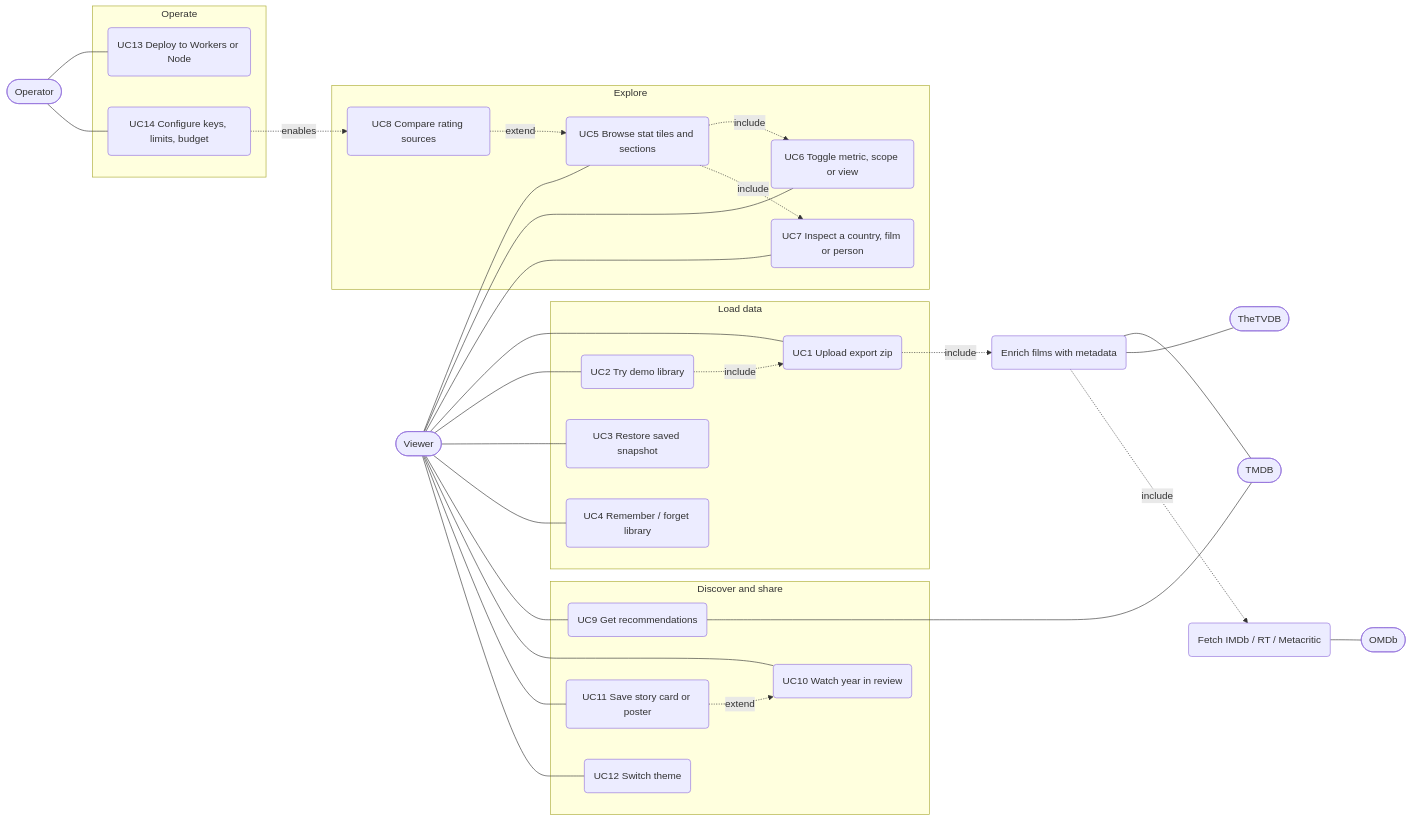
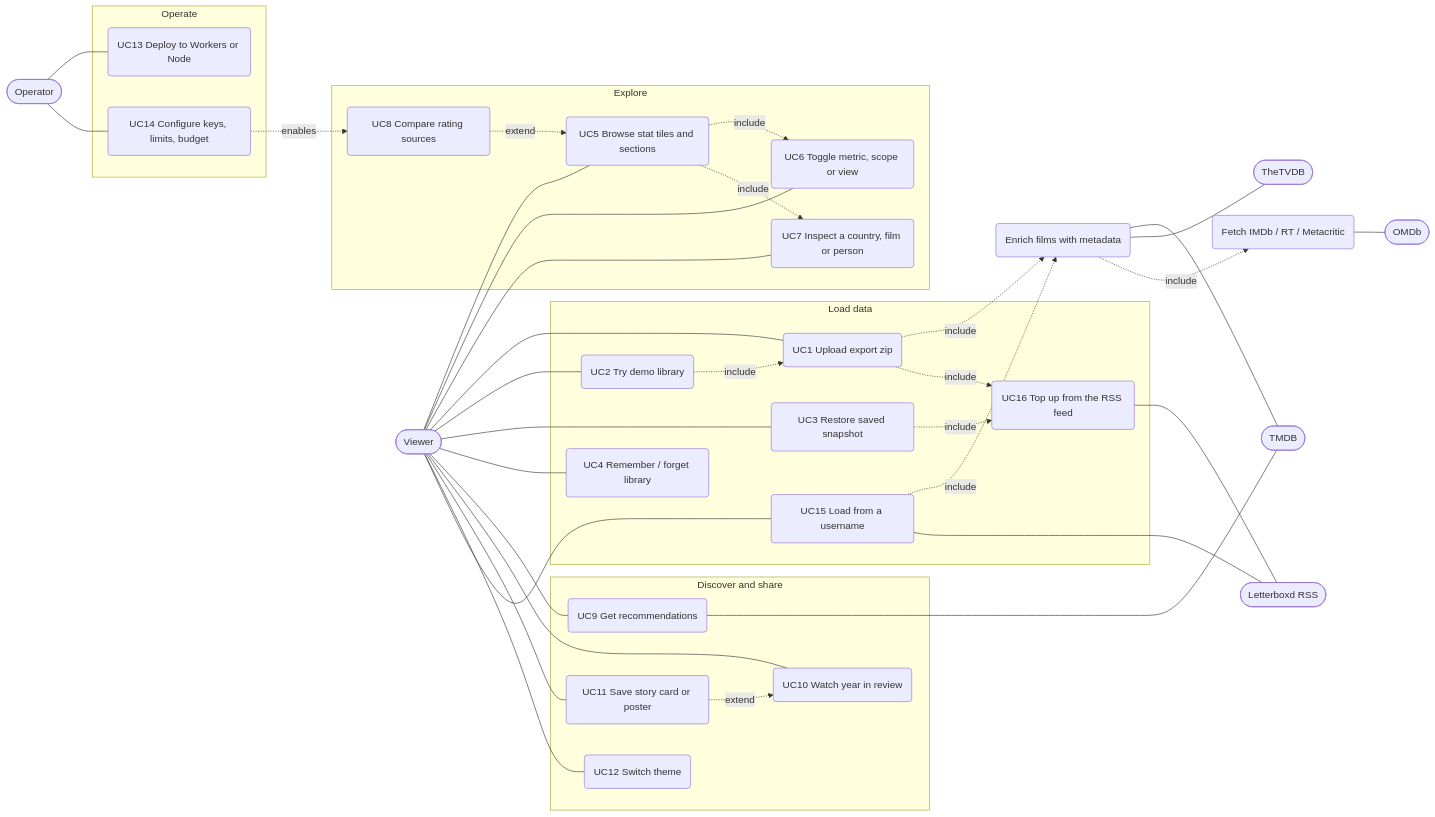
One commit to LaurinSorgend/letterboxd-vizard changed diagram 14 of 26 in docs/ARCHITECTURE.md. Above: the diagram before and after it, drawn with Mermaid. The commit also changed other lines of this file, not shown here.

Commit message:
Document the username and RSS feed paths in the architecture doc

````diff
--- a/docs/ARCHITECTURE.md
+++ b/docs/ARCHITECTURE.md
@@ -483,48 +530,56 @@
 ```mermaid
 flowchart LR
     viewer([Viewer])
     operator([Operator])
     tmdb([TMDB])
     omdb([OMDb])
     tvdb([TheTVDB])
+    lbrss([Letterboxd RSS])
 
     subgraph load["Load data"]
         UC1(UC1 Upload export zip)
         UC2(UC2 Try demo library)
         UC3(UC3 Restore saved snapshot)
         UC4(UC4 Remember / forget library)
+        UC15(UC15 Load from a username)
+        UC16(UC16 Top up from the RSS feed)
     end
     subgraph explore["Explore"]
         UC5(UC5 Browse stat tiles and sections)
         UC6(UC6 Toggle metric, scope or view)
         UC7(UC7 Inspect a country, film or person)
         UC8(UC8 Compare rating sources)
     end
     subgraph discover["Discover and share"]
         UC9(UC9 Get recommendations)
         UC10(UC10 Watch year in review)
         UC11(UC11 Save story card or poster)
         UC12(UC12 Switch theme)
     end
     subgraph ops["Operate"]
         UC13(UC13 Deploy to Workers or Node)
         UC14(UC14 Configure keys, limits, budget)
     end
 
-    viewer --- UC1 & UC2 & UC3 & UC4 & UC5 & UC6 & UC7 & UC9 & UC10 & UC11 & UC12
+    viewer --- UC1 & UC2 & UC3 & UC4 & UC5 & UC6 & UC7 & UC9 & UC10 & UC11 & UC12 & UC15
     operator --- UC13 & UC14
 
     UC1 -.->|include| ENR(Enrich films with metadata)
+    UC1 -.->|include| UC16
+    UC3 -.->|include| UC16
+    UC15 -.->|include| ENR
+    UC15 --- lbrss
+    UC16 --- lbrss
     UC2 -.->|include| UC1
     UC5 -.->|include| UC6
     UC5 -.->|include| UC7
     UC8 -.->|extend| UC5
     UC11 -.->|extend| UC10
 
     ENR --- tmdb
     ENR --- tvdb
     ENR -.->|include| ENR2(Fetch IMDb / RT / Metacritic)
     ENR2 --- omdb
     UC9 --- tmdb
     UC14 -.->|enables| UC8
 ```
````
